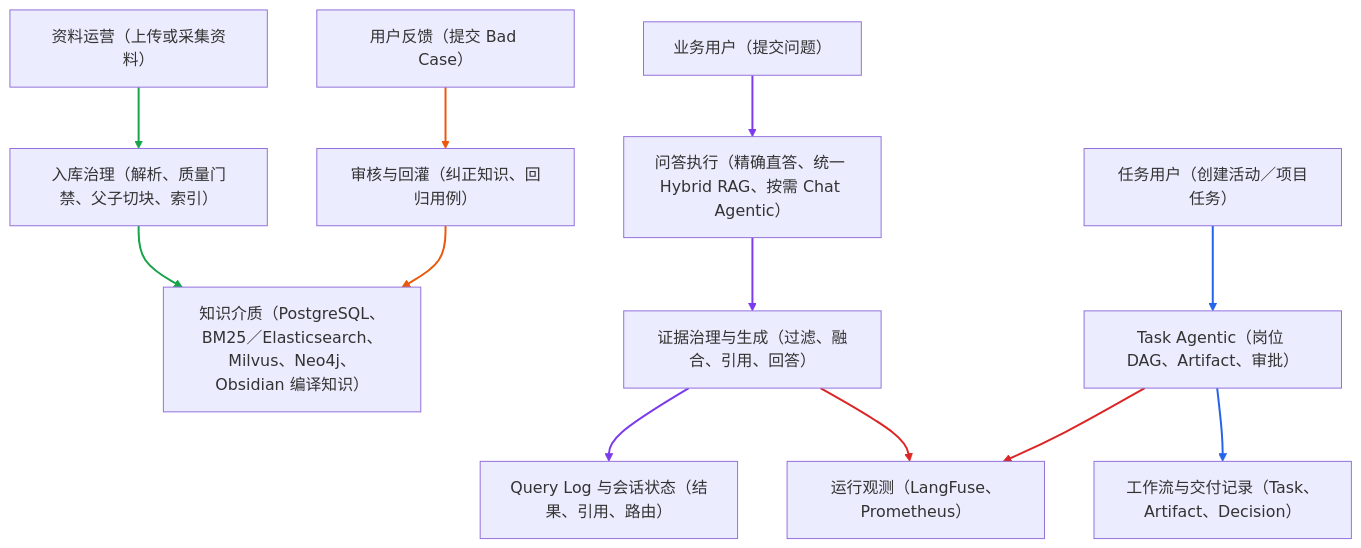
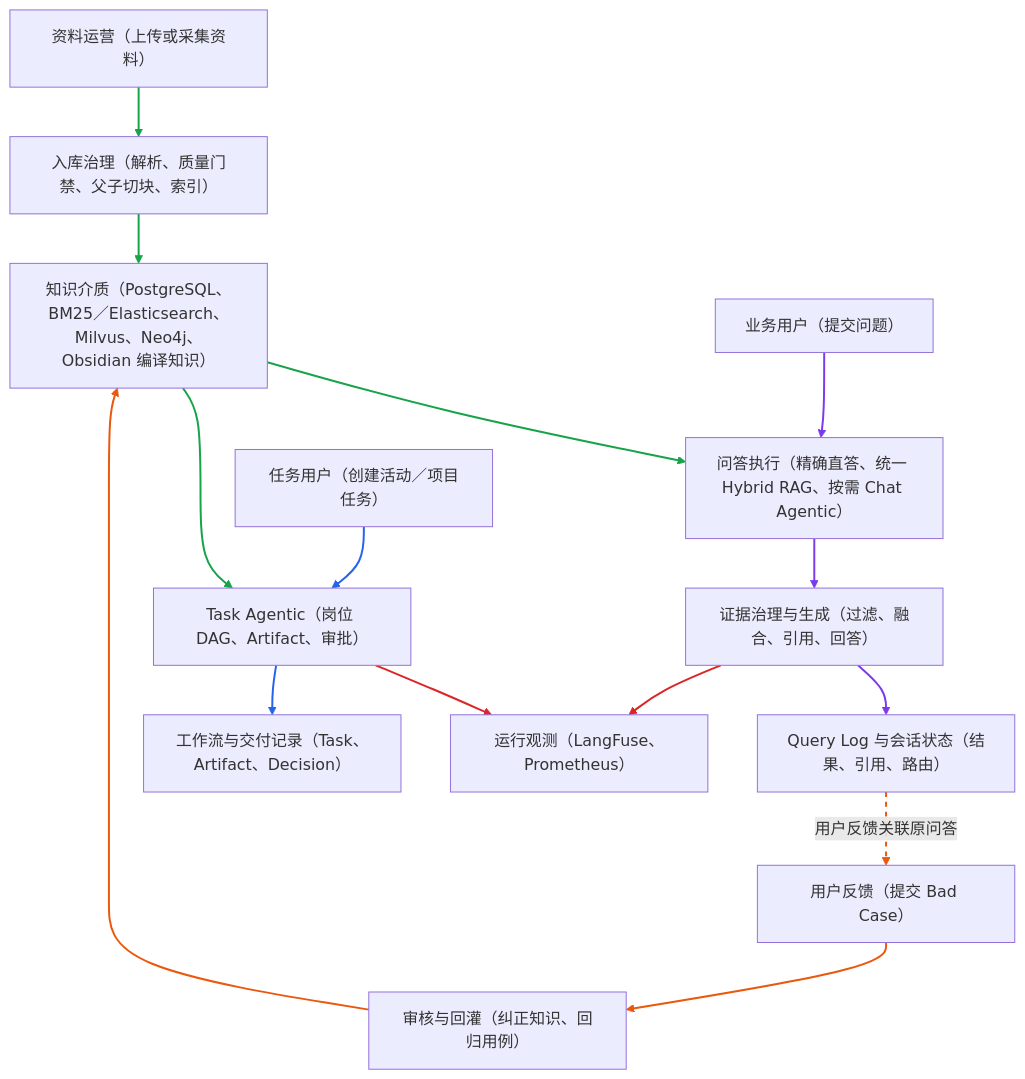
One commit to monstereatai/RAG changed the first of 15 diagrams in docs/interview/功能步骤流程.md. Above: the diagram before and after it, drawn with Mermaid. The commit also changed other lines of this file and 217 other files, not shown here.

````diff
--- a/docs/interview/功能步骤流程.md
+++ b/docs/interview/功能步骤流程.md
@@ -141,19 +30,24 @@
 ```mermaid
 flowchart TB
   A[资料运营（上传或采集资料）] --> B[入库治理（解析、质量门禁、父子切块、索引）]
   B --> C[知识介质（PostgreSQL、BM25／Elasticsearch、Milvus、Neo4j、Obsidian 编译知识）]
   D[业务用户（提交问题）] --> E[问答执行（精确直答、统一 Hybrid RAG、按需 Chat Agentic）]
   E --> F[证据治理与生成（过滤、融合、引用、回答）]
   F --> G[Query Log 与会话状态（结果、引用、路由）]
   H[任务用户（创建活动／项目任务）] --> I[Task Agentic（岗位 DAG、Artifact、审批）]
   I --> J[工作流与交付记录（Task、Artifact、Decision）]
   K[用户反馈（提交 Bad Case）] --> L[审核与回灌（纠正知识、回归用例）]
   L --> C
   F --> M[运行观测（LangFuse、Prometheus）]
   I --> M
+  C --> E
+  C --> I
+  G -. 用户反馈关联原问答 .-> K
   linkStyle 0,1 stroke:#16a34a,stroke-width:2px
   linkStyle 2,3,4 stroke:#7c3aed,stroke-width:2px
   linkStyle 5,6 stroke:#2563eb,stroke-width:2px
   linkStyle 7,8 stroke:#ea580c,stroke-width:2px
   linkStyle 9,10 stroke:#dc2626,stroke-width:2px
+  linkStyle 11,12 stroke:#16a34a,stroke-width:2px
+  linkStyle 13 stroke:#ea580c,stroke-width:2px,stroke-dasharray:5 5
 ```
````
